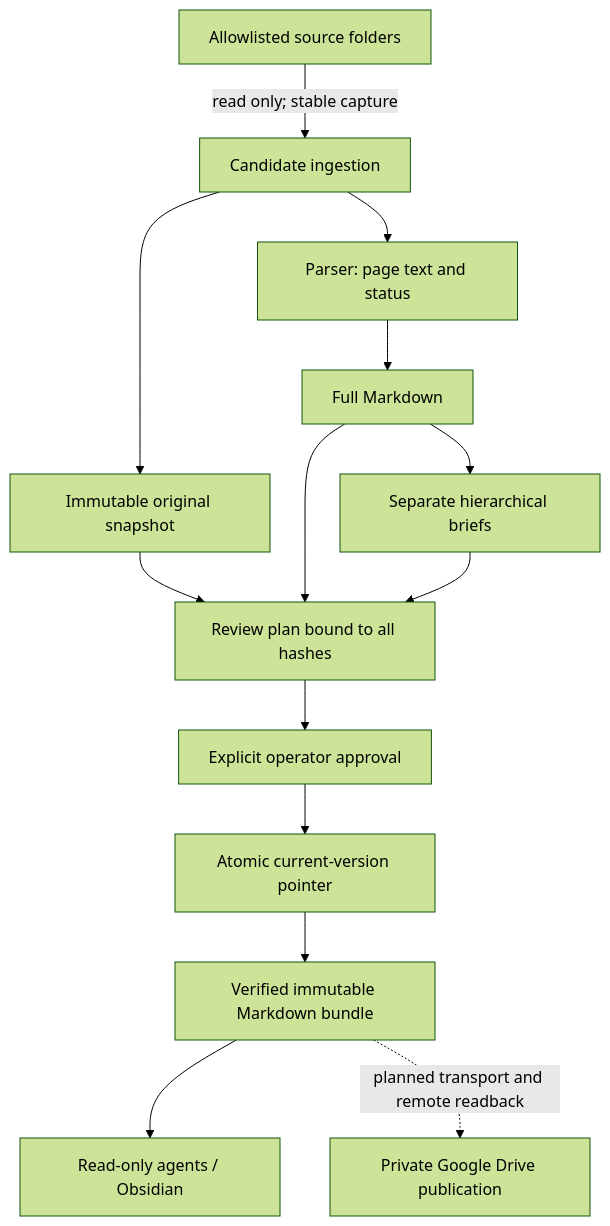
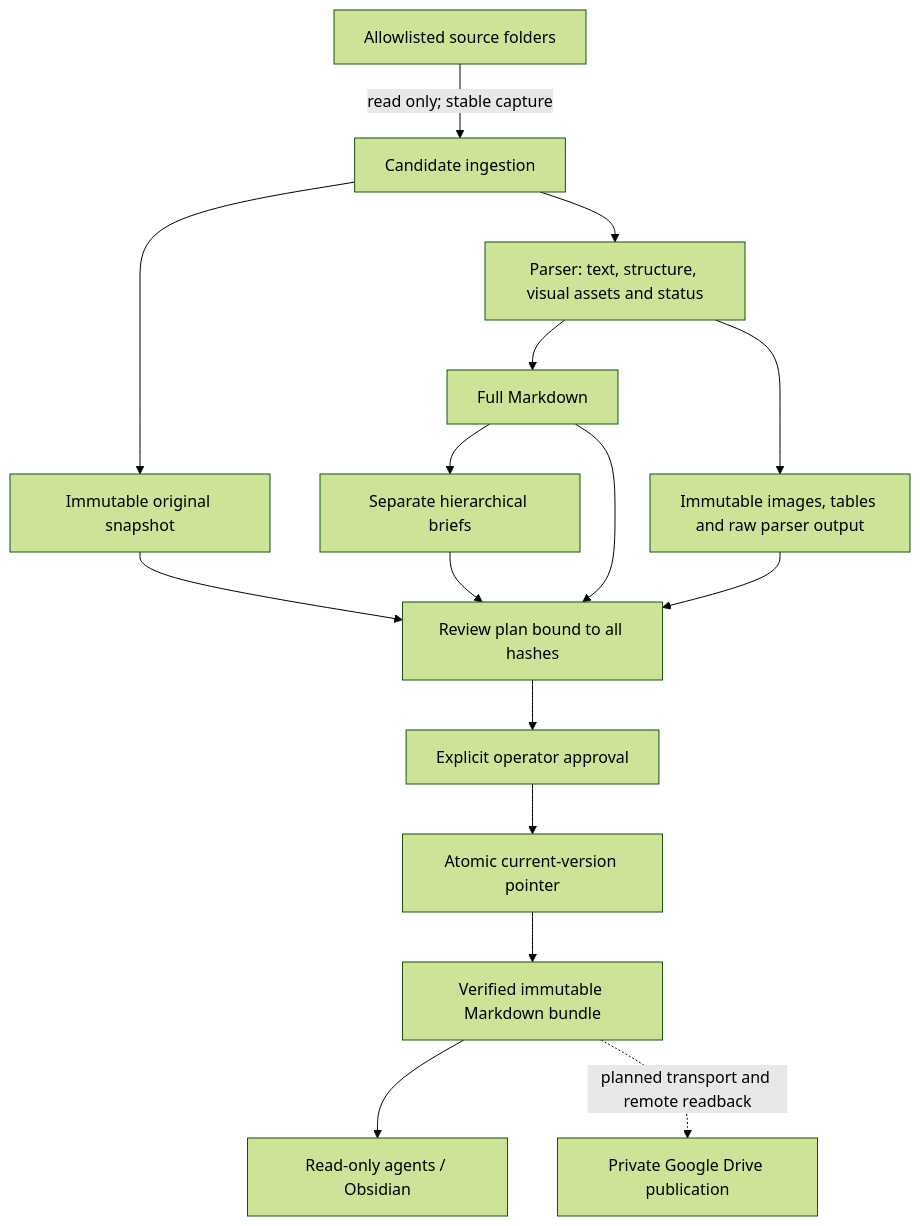
The diagram in docs/architecture.md (masalu0105-gif/agent-library), drawn with Mermaid (forest theme) before and after one commit. The commit also changed other lines of this file and 22 other files, not shown here.

Commit message:
Preserve visual evidence and native Office tables in v0.2

````diff
--- a/docs/architecture.md
+++ b/docs/architecture.md
@@ -16,16 +16,18 @@
 ```mermaid
 flowchart TB
     NAS[Allowlisted source folders] -->|read only; stable capture| I[Candidate ingestion]
     I --> O[Immutable original snapshot]
-    I --> P[Parser: page text and status]
+    I --> P[Parser: text, structure, visual assets and status]
     P --> F[Full Markdown]
     F --> B[Separate hierarchical briefs]
     O --> R[Review plan bound to all hashes]
     F --> R
+    P --> V[Immutable images, tables and raw parser output]
+    V --> R
     B --> R
     R --> A[Explicit operator approval]
     A --> C[Atomic current-version pointer]
     C --> E[Verified immutable Markdown bundle]
     E --> L[Read-only agents / Obsidian]
     E -. planned transport and remote readback .-> D[Private Google Drive publication]
 ```
````
